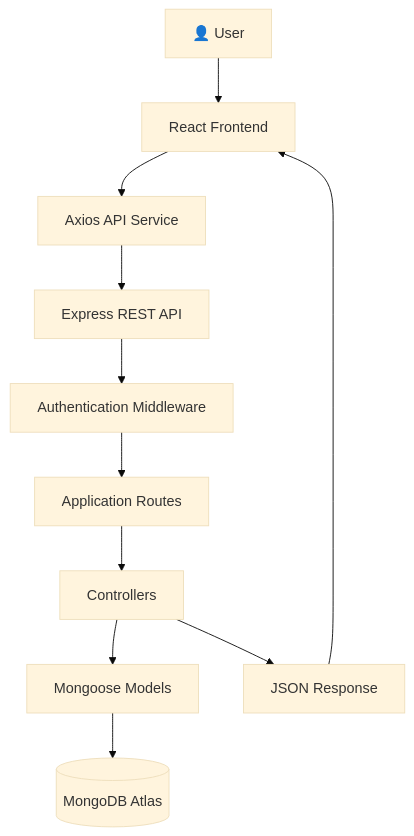
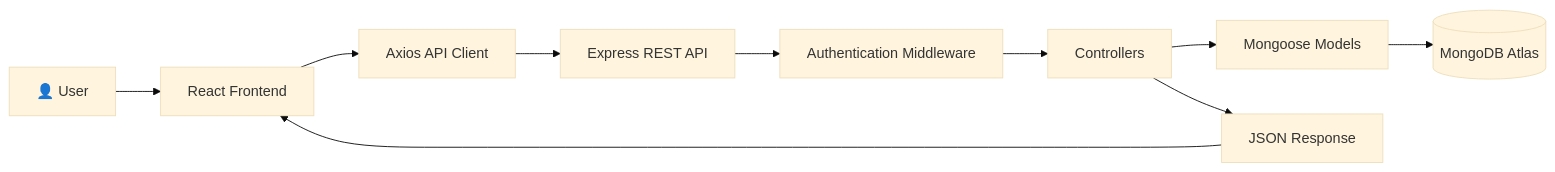
One commit to herikarajput3/Job-Application-Tacker changed the first of 3 diagrams in README.md. Above: the diagram before and after it, drawn with Mermaid (base theme). The commit also changed other lines of this file, not shown here.

Commit message:
docs: create production-ready README for Job Application Tracker

````diff
--- a/README.md
+++ b/README.md
@@ -429,25 +174,22 @@
 ```mermaid
-flowchart TD
+flowchart LR
 
 A[👤 User]
+--> B[React Frontend]
 
-A --> B[React Frontend]
-
-B --> C[Axios API Service]
+B --> C[Axios API Client]
 
 C --> D[Express REST API]
 
 D --> E[Authentication Middleware]
 
-E --> F[Application Routes]
+E --> F[Controllers]
 
-F --> G[Controllers]
+F --> G[Mongoose Models]
 
-G --> H[Mongoose Models]
+G --> H[(MongoDB Atlas)]
 
-H --> I[(MongoDB Atlas)]
+F --> I[JSON Response]
 
-G --> J[JSON Response]
-
-J --> B
+I --> B
 ```
````
